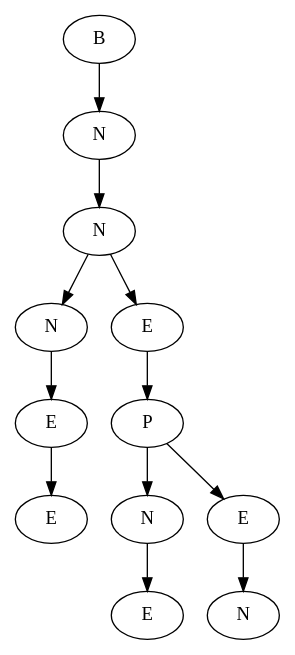
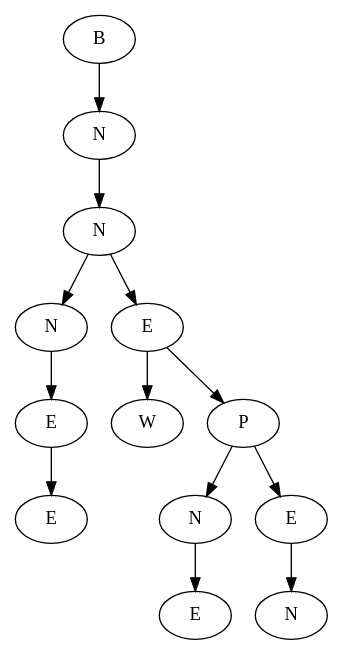
One commit to Iliyan0411/Data-Structures changed the diagram in Tom and Jerry/viz.dot. Above: the diagram before and after it, drawn with Graphviz. The commit also changed 2 other files, not shown here.

```diff
--- a/Tom and Jerry/viz.dot
+++ b/Tom and Jerry/viz.dot
@@ -1,25 +1,27 @@
 digraph G{
-15566720[label="E"]
-15566104[label="E"]
-15566104->15566720;
-15565488[label="N"]
-15565488->15566104;
-15564688[label="E"]
-15564592[label="N"]
-15564592->15564688;
-15564464[label="N"]
-15566680[label="E"]
-15566680->15564464;
-15564496[label="P"]
-15564496->15564592;
-15564496->15566680;
-15564408[label="E"]
-15564408->15564496;
-15564880[label="N"]
-15564880->15565488;
-15564880->15564408;
-15564272[label="N"]
-15564272->15564880;
-15560856[label="B"]
-15560856->15564272;
+14976840[label="E"]
+14976224[label="E"]
+14976224->14976840;
+14975608[label="N"]
+14975608->14976224;
+14976896[label="W"]
+14977208[label="E"]
+14977112[label="N"]
+14977112->14977208;
+14977264[label="N"]
+14976800[label="E"]
+14976800->14977264;
+14977016[label="P"]
+14977016->14977112;
+14977016->14976800;
+14976928[label="E"]
+14976928->14976896;
+14976928->14977016;
+14974992[label="N"]
+14974992->14975608;
+14974992->14976928;
+14974928[label="N"]
+14974928->14974992;
+14971032[label="B"]
+14971032->14974928;
 }
```
